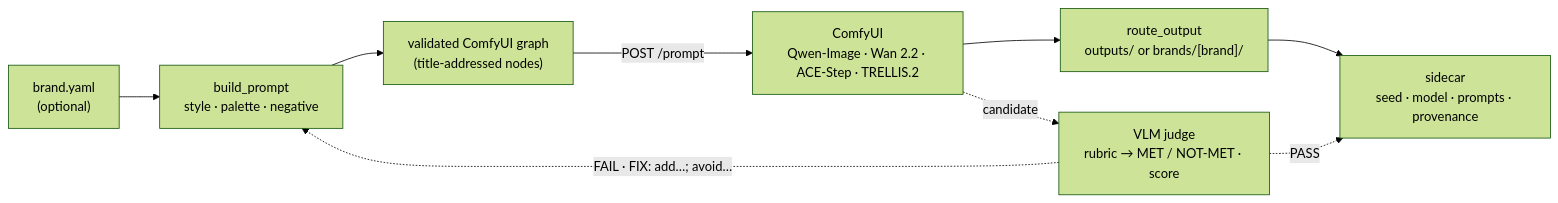
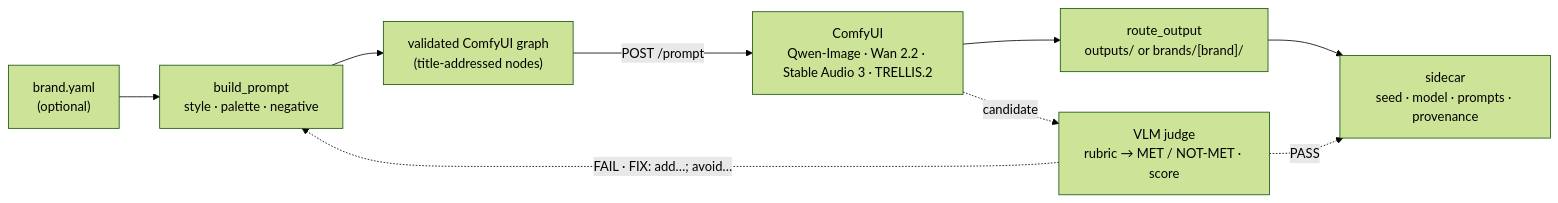
The diagram in README.md (whartons/Chimera), drawn with Mermaid (forest theme) before and after one commit. The commit also changed other lines of this file and 17 other files, not shown here.

First line of the commit message:
feat(audio): Stable Audio 3 Medium default music model + audio --mode sfx (#65)

````diff
--- a/README.md
+++ b/README.md
@@ -129,11 +130,11 @@
 ```mermaid
 flowchart LR
     M["brand.yaml<br/>(optional)"] --> P["build_prompt<br/>style · palette · negative"]
     P --> G["validated ComfyUI graph<br/>(title-addressed nodes)"]
-    G -->|"POST /prompt"| C["ComfyUI<br/>Qwen-Image · Wan 2.2 · ACE-Step · TRELLIS.2"]
+    G -->|"POST /prompt"| C["ComfyUI<br/>Qwen-Image · Wan 2.2 · Stable Audio 3 · TRELLIS.2"]
     C --> R["route_output<br/>outputs/ or brands/[brand]/"]
     R --> S["sidecar<br/>seed · model · prompts · provenance"]
     C -. "candidate" .-> J["VLM judge<br/>rubric → MET / NOT-MET · score"]
     J -. "PASS" .-> S
     J -. "FAIL · FIX: add…; avoid…" .-> P
 ```
````
